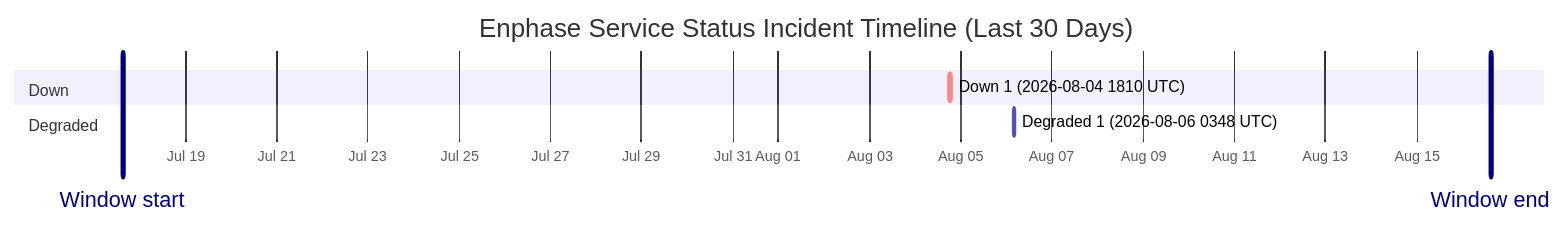
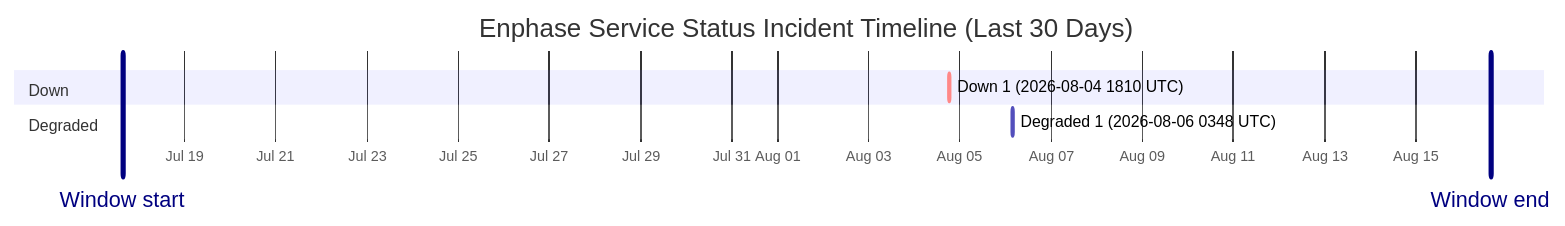
Before and after one commit to barneyonline/ha-enphase-energy: the diagram in wiki/Service-Status-History.md, drawn with Mermaid. The commit also changed other lines of this file and 3 other files, not shown here.

````diff
--- a/wiki/Service-Status-History.md
+++ b/wiki/Service-Status-History.md
@@ -14,12 +14,12 @@
 ```mermaid
 gantt
     title Enphase Service Status Incident Timeline (Last 30 Days)
     dateFormat  YYYY-MM-DDTHH:mm:ss
     axisFormat  %b %d
-    Window start :vert, window-start, 2026-07-17T14:47:59, 0ms
-    Window end :vert, window-end, 2026-08-16T14:47:59, 0ms
+    Window start :vert, window-start, 2026-07-17T15:19:02, 0ms
+    Window end :vert, window-end, 2026-08-16T15:19:02, 0ms
     section Down
     Down 1 (2026-08-04 1810 UTC) :crit, down-1, 2026-08-04T18:10:46, 60m
     section Degraded
     Degraded 1 (2026-08-06 0348 UTC) :active, degraded-1, 2026-08-06T03:48:14, 60m
 ```
````
